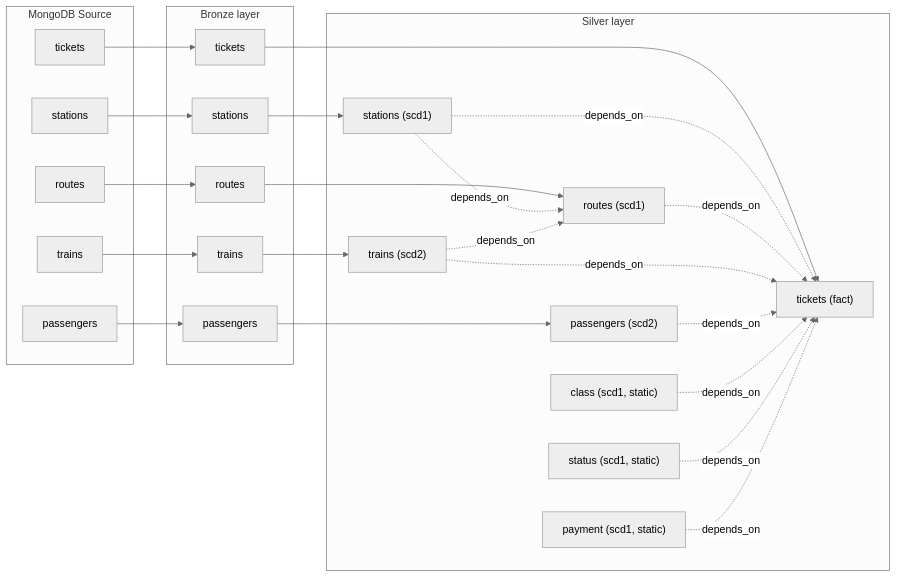
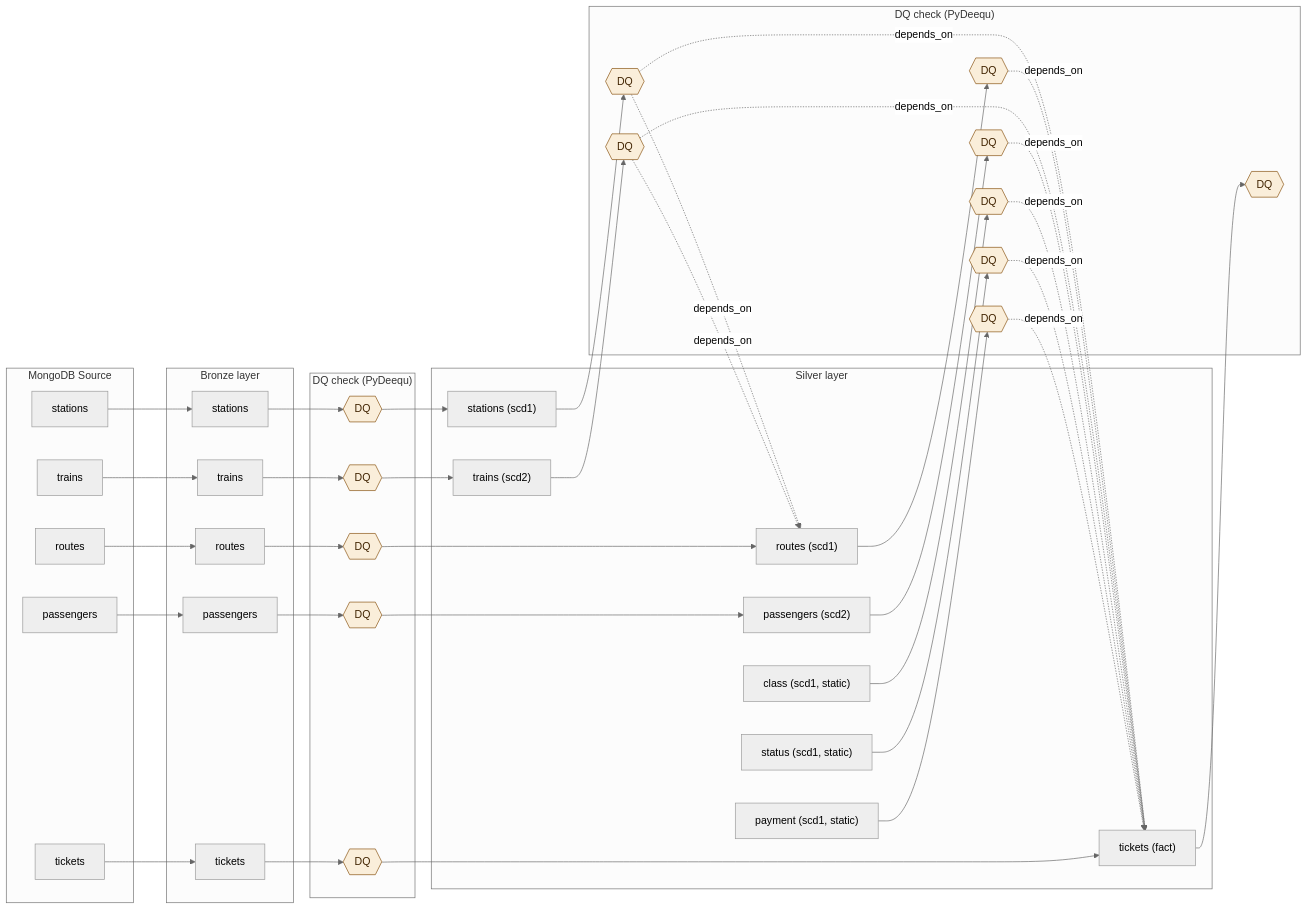
The second of 3 diagrams in README.md (dimasegaabirama/Train-Batch-Data-Pipeline), drawn with Mermaid (neutral theme) before and after one commit. The commit also changed other lines of this file and 3 other files, not shown here.

````diff
--- a/README.md
+++ b/README.md
@@ -45,44 +45,68 @@
 ```mermaid
 flowchart LR
     subgraph Source["MongoDB Source"]
         S_pass["passengers"]
         S_stat["stations"]
         S_train["trains"]
         S_route["routes"]
         S_tick["tickets"]
     end
     subgraph Bronze["Bronze layer"]
         B_pass["passengers"]
         B_stat["stations"]
         B_train["trains"]
         B_route["routes"]
         B_tick["tickets"]
     end
+    subgraph DQ1["DQ check (PyDeequ)"]
+        DQB_pass{{"DQ"}}
+        DQB_stat{{"DQ"}}
+        DQB_train{{"DQ"}}
+        DQB_route{{"DQ"}}
+        DQB_tick{{"DQ"}}
+    end
     subgraph Silver["Silver layer"]
         SV_pass["passengers (scd2)"]
         SV_stat["stations (scd1)"]
         SV_train["trains (scd2)"]
         SV_route["routes (scd1)"]
         SV_tick["tickets (fact)"]
         SV_class["class (scd1, static)"]
         SV_status["status (scd1, static)"]
         SV_payment["payment (scd1, static)"]
     end
+    subgraph DQ2["DQ check (PyDeequ)"]
+        DQS_pass{{"DQ"}}
+        DQS_stat{{"DQ"}}
+        DQS_train{{"DQ"}}
+        DQS_route{{"DQ"}}
+        DQS_tick{{"DQ"}}
+        DQS_class{{"DQ"}}
+        DQS_status{{"DQ"}}
+        DQS_payment{{"DQ"}}
+    end
 
-    S_pass --> B_pass --> SV_pass
-    S_stat --> B_stat --> SV_stat
-    S_train --> B_train --> SV_train
-    S_route --> B_route --> SV_route
-    S_tick --> B_tick --> SV_tick
+    S_pass --> B_pass --> DQB_pass --> SV_pass --> DQS_pass
+    S_stat --> B_stat --> DQB_stat --> SV_stat --> DQS_stat
+    S_train --> B_train --> DQB_train --> SV_train --> DQS_train
+    S_route --> B_route --> DQB_route --> SV_route --> DQS_route
+    S_tick --> B_tick --> DQB_tick --> SV_tick --> DQS_tick
 
-    SV_stat -. depends_on .-> SV_route
-    SV_train -. depends_on .-> SV_route
+    SV_class --> DQS_class
+    SV_status --> DQS_status
+    SV_payment --> DQS_payment
 
-    SV_stat -. depends_on .-> SV_tick
-    SV_route -. depends_on .-> SV_tick
-    SV_train -. depends_on .-> SV_tick
-    SV_pass -. depends_on .-> SV_tick
-    SV_class -. depends_on .-> SV_tick
-    SV_status -. depends_on .-> SV_tick
-    SV_payment -. depends_on .-> SV_tick
+    DQS_stat -. depends_on .-> SV_route
+    DQS_train -. depends_on .-> SV_route
+
+    DQS_stat -. depends_on .-> SV_tick
+    DQS_route -. depends_on .-> SV_tick
+    DQS_train -. depends_on .-> SV_tick
+    DQS_pass -. depends_on .-> SV_tick
+    DQS_class -. depends_on .-> SV_tick
+    DQS_status -. depends_on .-> SV_tick
+    DQS_payment -. depends_on .-> SV_tick
+
+    classDef dq fill:#FAEEDA,stroke:#854F0B,color:#412402;
+    class DQB_pass,DQB_stat,DQB_train,DQB_route,DQB_tick,DQS_pass,DQS_stat,DQS_train,DQS_route,DQS_tick,DQS_class,DQS_status,DQS_payment dq;
 ```
````
